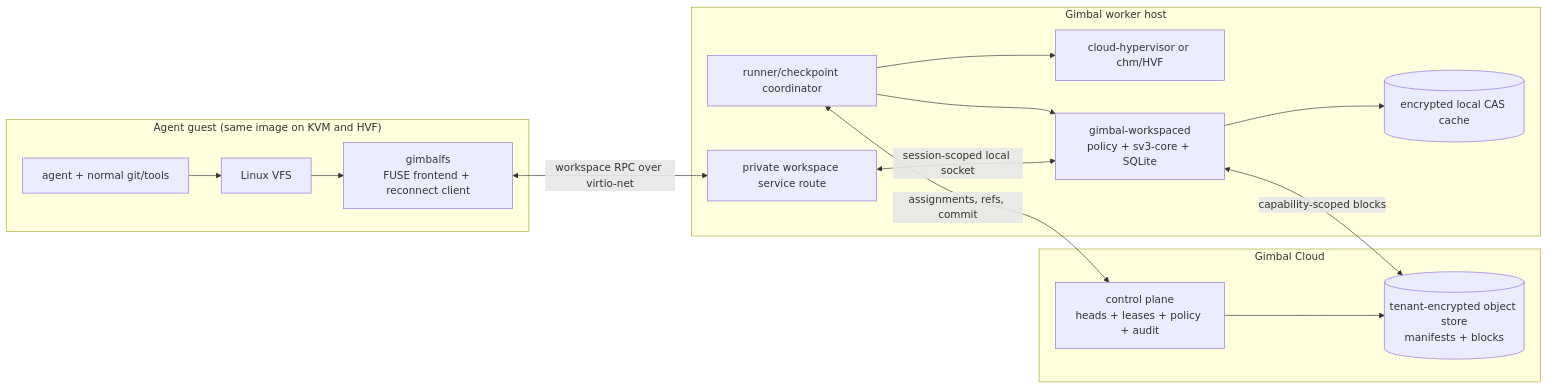
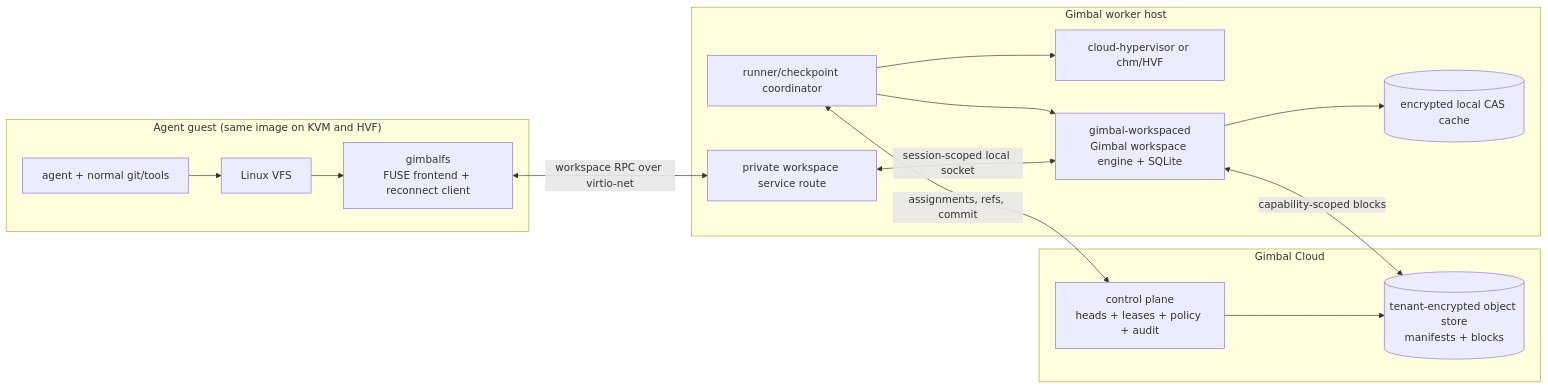
The first of 2 diagrams in docs/living-workspaces.md (gimbal-dev/gimbal-local), drawn with Mermaid before and after one commit. The commit also changed other lines of this file, not shown here.

First line of the commit message:
docs: Require independent workspace implementation

````diff
--- a/docs/living-workspaces.md
+++ b/docs/living-workspaces.md
@@ -196,32 +216,32 @@
 ```mermaid
 flowchart LR
     subgraph guest["Agent guest (same image on KVM and HVF)"]
         agent["agent + normal git/tools"]
         vfs["Linux VFS"]
         client["gimbalfs<br/>FUSE frontend + reconnect client"]
         agent --> vfs --> client
     end
 
     subgraph worker["Gimbal worker host"]
         vm["cloud-hypervisor or chm/HVF"]
         nat["private workspace service route"]
-        ws["gimbal-workspaced<br/>policy + sv3-core + SQLite"]
+        ws["gimbal-workspaced<br/>Gimbal workspace engine + SQLite"]
         cache[("encrypted local CAS cache")]
         coord["runner/checkpoint coordinator"]
         ws --> cache
         coord --> vm
         coord --> ws
     end
 
     client <-->|"workspace RPC over virtio-net"| nat
     nat <-->|"session-scoped local socket"| ws
 
     subgraph plane["Gimbal Cloud"]
         gctl["control plane<br/>heads + leases + policy + audit"]
         object[("tenant-encrypted object store<br/>manifests + blocks")]
         gctl --> object
     end
 
     coord <-->|"assignments, refs, commit"| gctl
     ws <-->|"capability-scoped blocks"| object
 ```
````
